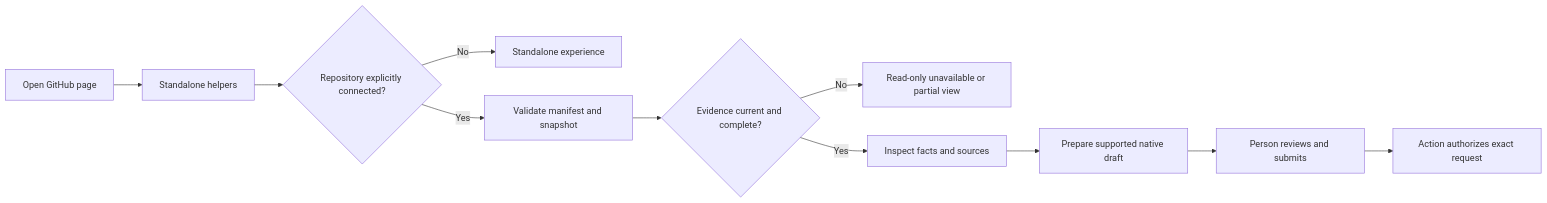
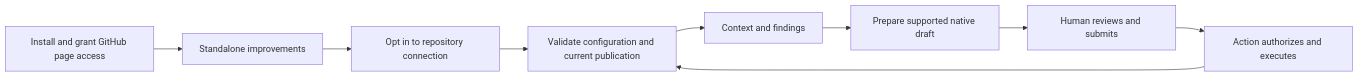
The diagram in specs/github-browser-extension.md (vypdev/copilot), drawn with Mermaid before and after one commit. The commit also changed other lines of this file and 10 other files, not shown here.

Commit message:
feature-694-specify-a-cross-browser-github-extension-usability-features-mvp-and-action-integration: specify cross-browser GitHub extension MVP and Action integration

````diff
--- a/specs/github-browser-extension.md
+++ b/specs/github-browser-extension.md
@@ -101,13 +166,11 @@
 ```mermaid
 flowchart LR
-    A[Open GitHub page] --> B[Standalone helpers]
-    B --> C{Repository explicitly connected?}
-    C -->|No| D[Standalone experience]
-    C -->|Yes| E[Validate manifest and snapshot]
-    E --> F{Evidence current and complete?}
-    F -->|No| G[Read-only unavailable or partial view]
-    F -->|Yes| H[Inspect facts and sources]
-    H --> I[Prepare supported native draft]
-    I --> J[Person reviews and submits]
-    J --> K[Action authorizes exact request]
+    I[Install and grant GitHub page access] --> U[Standalone improvements]
+    U --> O[Opt in to repository connection]
+    O --> V[Validate configuration and current publication]
+    V --> C[Context and findings]
+    C --> D[Prepare supported native draft]
+    D --> H[Human reviews and submits]
+    H --> A[Action authorizes and executes]
+    A --> V
 ```
````
